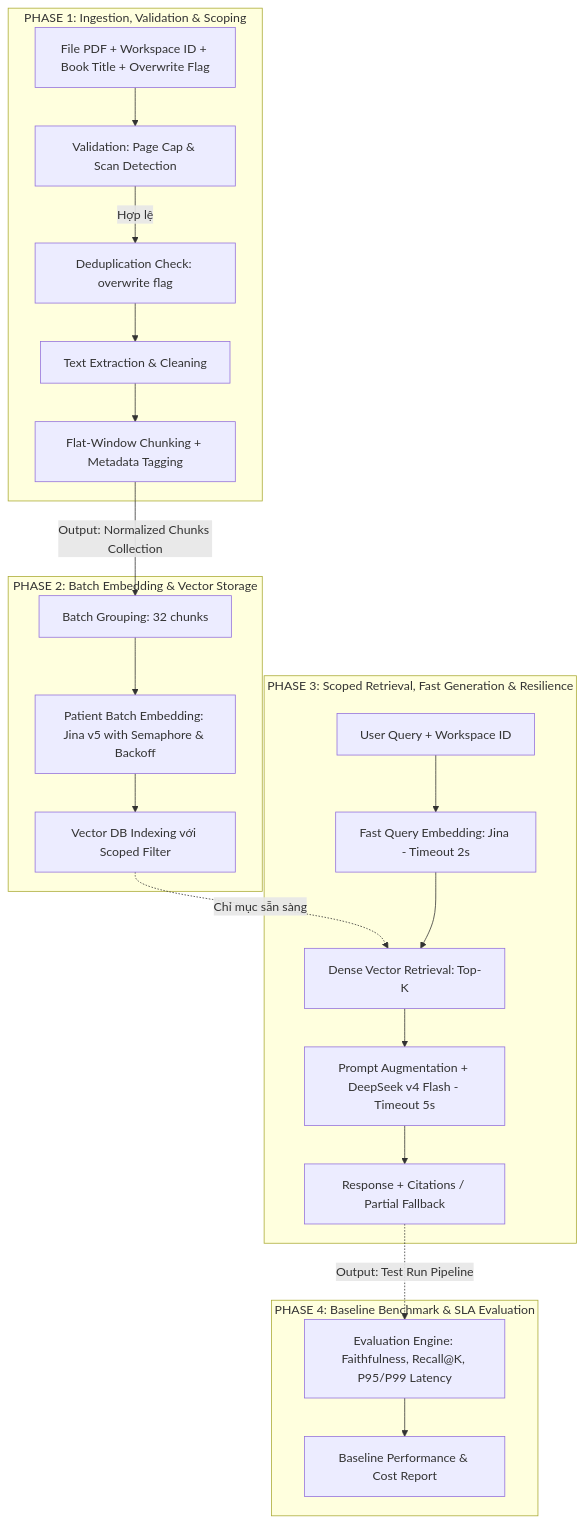
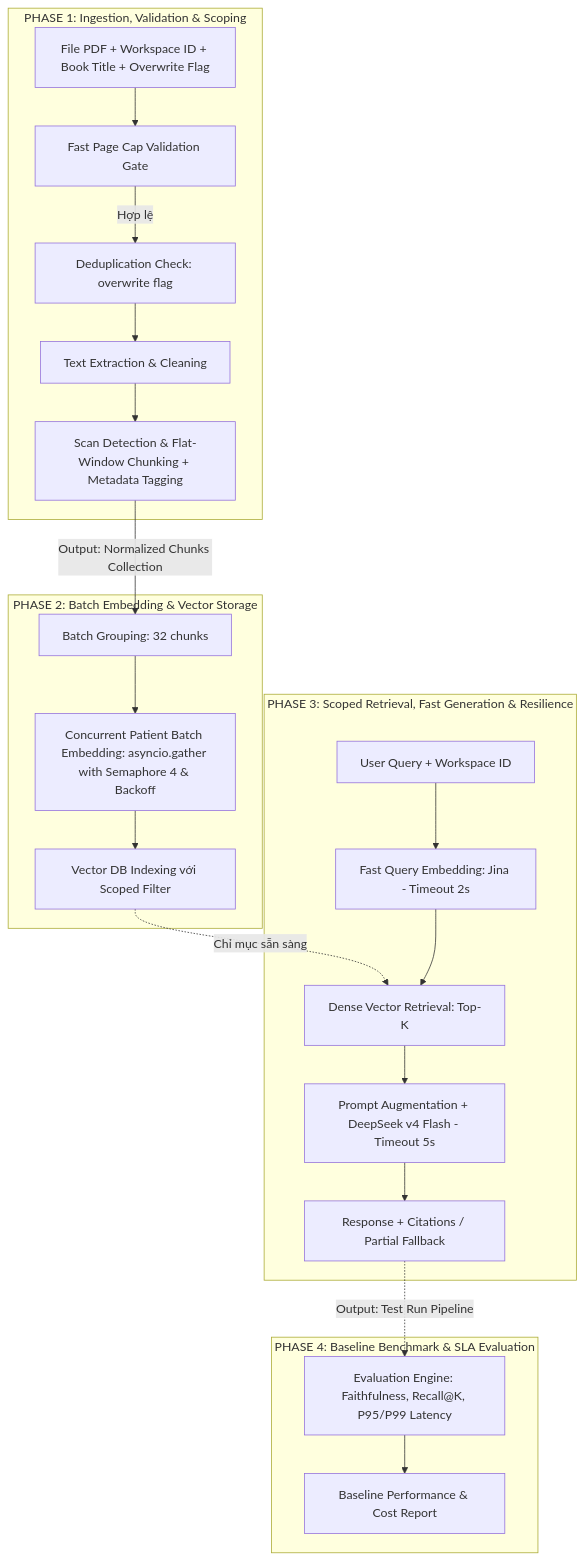
One commit to quocdat22/ExoCort changed the second of 2 diagrams in docs/superpowers/specs/2026-08-31-exocort-baseline-hld.md. Above: the diagram before and after it, drawn with Mermaid. The commit also changed other lines of this file and 3 other files, not shown here.

Commit message:
fix(spec-plan): enforce query SLA timeout budget, true batch embedding concurrency, and fail-fast page cap guardrail

````diff
--- a/docs/superpowers/specs/2026-08-31-exocort-baseline-hld.md
+++ b/docs/superpowers/specs/2026-08-31-exocort-baseline-hld.md
@@ -120,28 +120,28 @@
 ```mermaid
 flowchart TD
     subgraph Phase1["PHASE 1: Ingestion, Validation & Scoping"]
-        A[File PDF + Workspace ID + Book Title + Overwrite Flag] --> B[Validation: Page Cap & Scan Detection]
+        A[File PDF + Workspace ID + Book Title + Overwrite Flag] --> B[Fast Page Cap Validation Gate]
         B -- Hợp lệ --> C[Deduplication Check: overwrite flag]
         C --> D[Text Extraction & Cleaning]
-        D --> E[Flat-Window Chunking + Metadata Tagging]
+        D --> E[Scan Detection & Flat-Window Chunking + Metadata Tagging]
     end
 
     subgraph Phase2["PHASE 2: Batch Embedding & Vector Storage"]
         E -->|Output: Normalized Chunks Collection| F[Batch Grouping: 32 chunks]
-        F --> G[Patient Batch Embedding: Jina v5 with Semaphore & Backoff]
+        F --> G[Concurrent Patient Batch Embedding: asyncio.gather with Semaphore 4 & Backoff]
         G --> H[Vector DB Indexing với Scoped Filter]
     end
 
     subgraph Phase3["PHASE 3: Scoped Retrieval, Fast Generation & Resilience"]
         I[User Query + Workspace ID] --> J[Fast Query Embedding: Jina - Timeout 2s]
         H -.->|Chỉ mục sẵn sàng| K[Dense Vector Retrieval: Top-K]
         J --> K
         K --> L[Prompt Augmentation + DeepSeek v4 Flash - Timeout 5s]
         L --> M[Response + Citations / Partial Fallback]
     end
 
     subgraph Phase4["PHASE 4: Baseline Benchmark & SLA Evaluation"]
         M -.->|Output: Test Run Pipeline| N[Evaluation Engine: Faithfulness, Recall@K, P95/P99 Latency]
         N --> O[Baseline Performance & Cost Report]
     end
 ```
````
